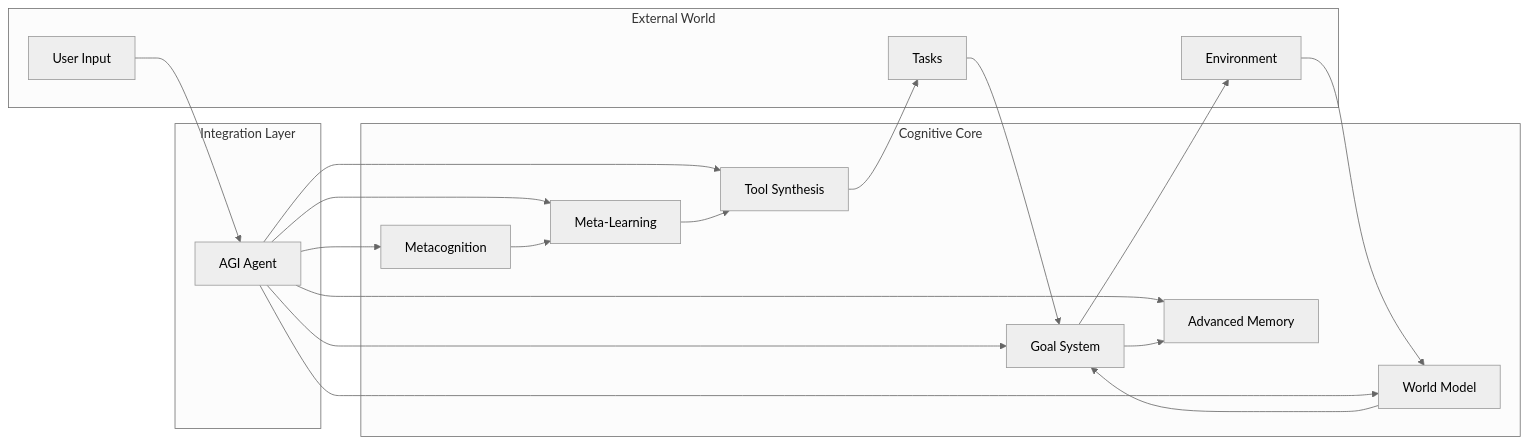
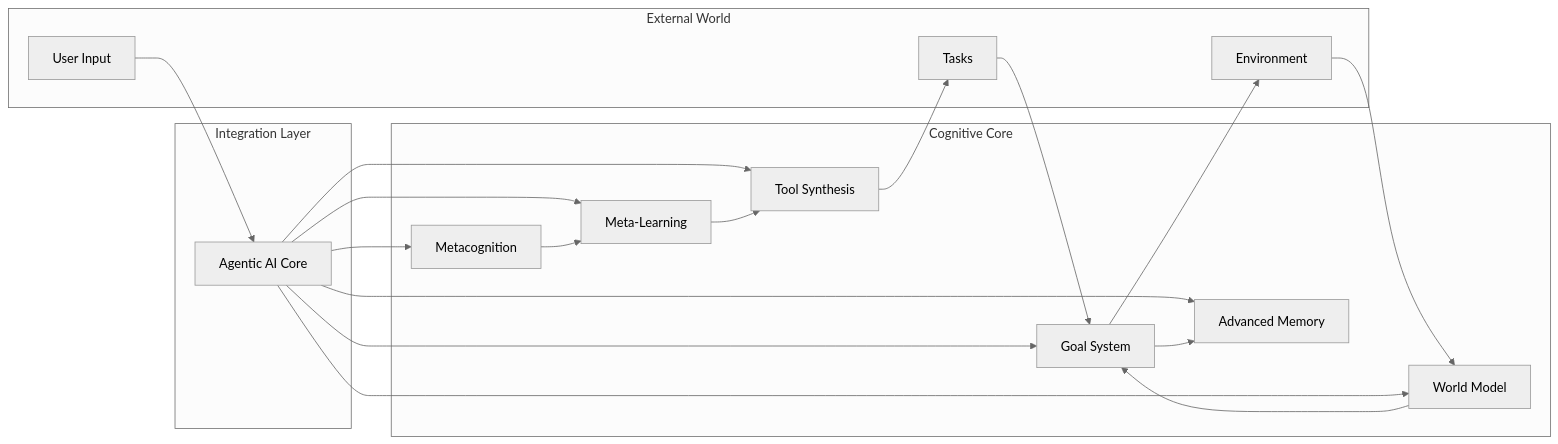
One commit to bistuwangqiyuan/Open-Sable changed the second of 18 diagrams in README.md. Above: the diagram before and after it, drawn with Mermaid (neutral theme). The commit also changed other lines of this file and 24 other files, not shown here.

````diff
--- a/README.md
+++ b/README.md
@@ -308,40 +316,40 @@
 ```mermaid
 graph LR
     subgraph "Cognitive Core"
         G[Goal System]
         M[Advanced Memory]
         ML[Meta-Learning]
         T[Tool Synthesis]
         W[World Model]
         MC[Metacognition]
     end
     
     subgraph "Integration Layer"
-        AGI[AGI Agent]
+        AGENT[Agentic AI Core]
     end
     
     subgraph "External World"
         USER[User Input]
         ENV[Environment]
         TASKS[Tasks]
     end
     
-    USER --> AGI
+    USER --> AGENT
     ENV --> W
     TASKS --> G
     
-    AGI --> G
-    AGI --> M
-    AGI --> ML
-    AGI --> T
-    AGI --> W
-    AGI --> MC
+    AGENT --> G
+    AGENT --> M
+    AGENT --> ML
+    AGENT --> T
+    AGENT --> W
+    AGENT --> MC
     
     G --> M
     ML --> T
     W --> G
     MC --> ML
     
     T --> TASKS
     G --> ENV
 ```
````
